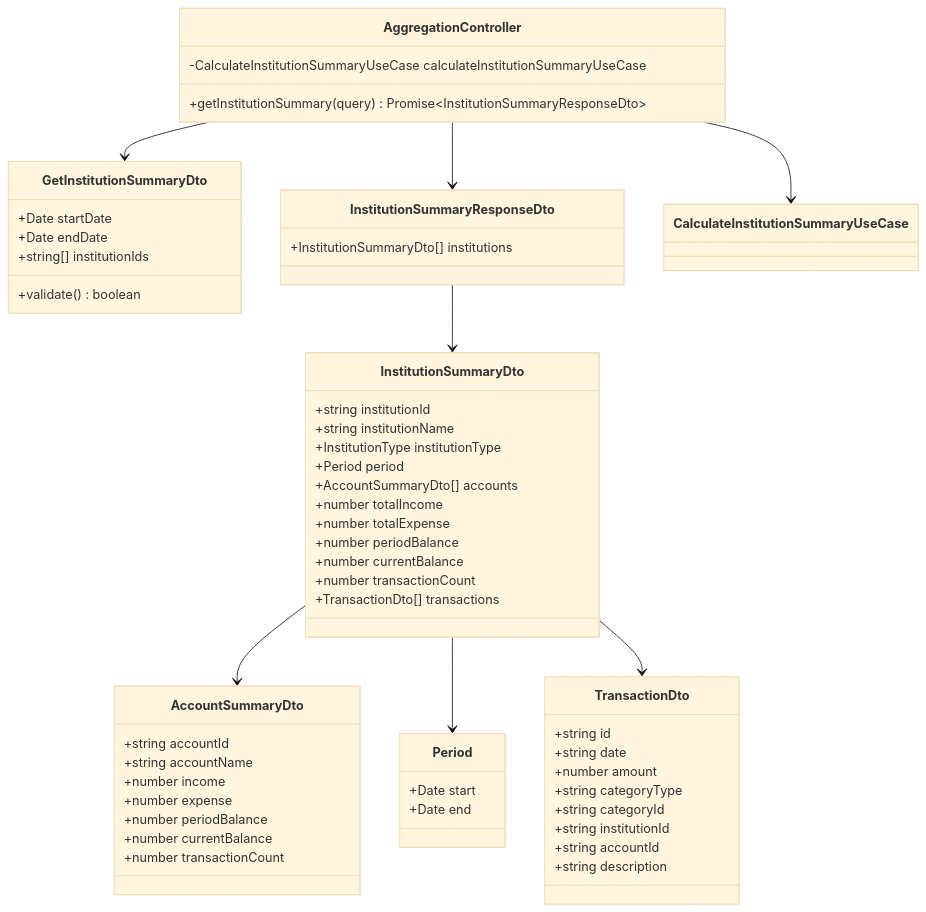
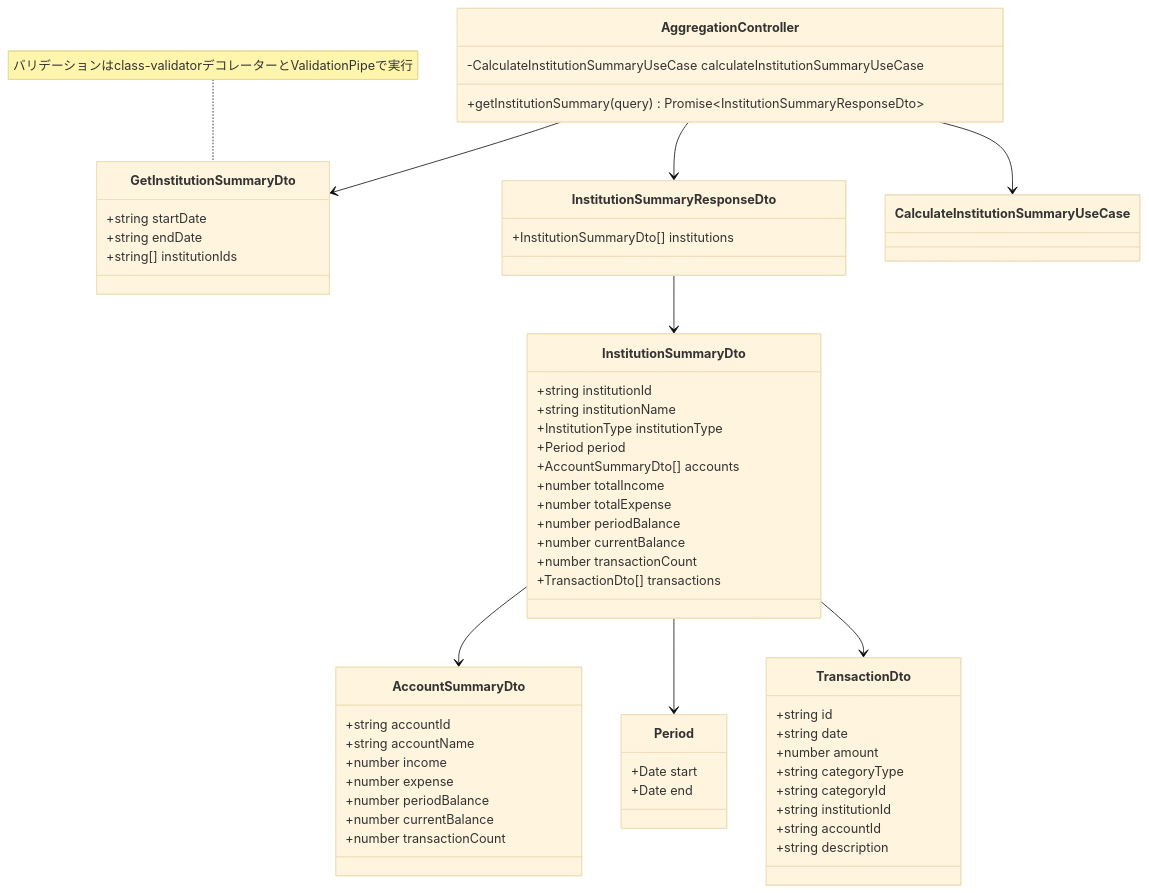
The fourth of 4 diagrams in docs/detailed-design/FR-017_institution-aggregation/class-diagrams.md (kencom2400/account-book), drawn with Mermaid (base theme) before and after one commit. The commit also changed 3 other files, not shown here.

````diff
--- a/docs/detailed-design/FR-017_institution-aggregation/class-diagrams.md
+++ b/docs/detailed-design/FR-017_institution-aggregation/class-diagrams.md
@@ -365,66 +365,66 @@
 ```mermaid
 classDiagram
     class AggregationController {
         -CalculateInstitutionSummaryUseCase calculateInstitutionSummaryUseCase
         +getInstitutionSummary(query) Promise~InstitutionSummaryResponseDto~
     }
 
     class GetInstitutionSummaryDto {
-        +Date startDate
-        +Date endDate
+        +string startDate
+        +string endDate
         +string[] institutionIds
-        +validate() boolean
     }
+    note for GetInstitutionSummaryDto "バリデーションはclass-validatorデコレーターとValidationPipeで実行"
 
     class InstitutionSummaryResponseDto {
         +InstitutionSummaryDto[] institutions
     }
 
     class InstitutionSummaryDto {
         +string institutionId
         +string institutionName
         +InstitutionType institutionType
         +Period period
         +AccountSummaryDto[] accounts
         +number totalIncome
         +number totalExpense
         +number periodBalance
         +number currentBalance
         +number transactionCount
         +TransactionDto[] transactions
     }
 
     class AccountSummaryDto {
         +string accountId
         +string accountName
         +number income
         +number expense
         +number periodBalance
         +number currentBalance
         +number transactionCount
     }
 
     class Period {
         +Date start
         +Date end
     }
 
     class TransactionDto {
         +string id
         +string date
         +number amount
         +string categoryType
         +string categoryId
         +string institutionId
         +string accountId
         +string description
     }
 
     AggregationController --> CalculateInstitutionSummaryUseCase
     AggregationController --> GetInstitutionSummaryDto
     AggregationController --> InstitutionSummaryResponseDto
     InstitutionSummaryResponseDto --> InstitutionSummaryDto
     InstitutionSummaryDto --> AccountSummaryDto
     InstitutionSummaryDto --> Period
     InstitutionSummaryDto --> TransactionDto
 ```
````
